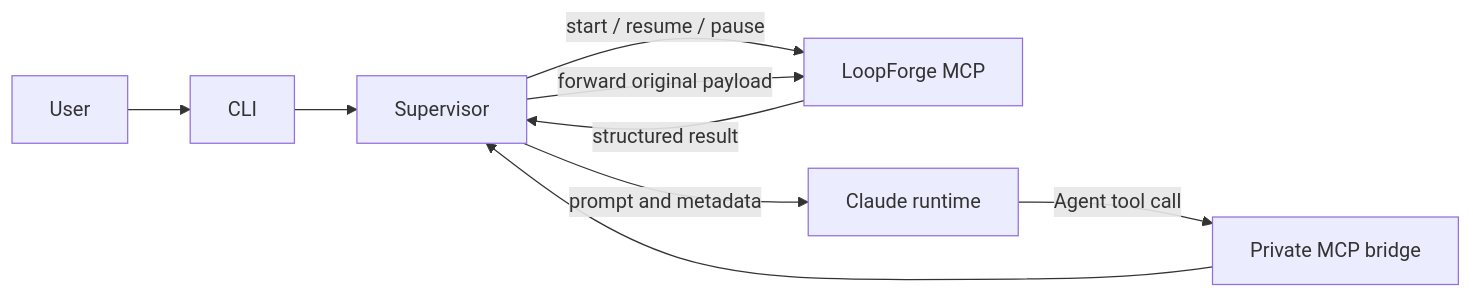
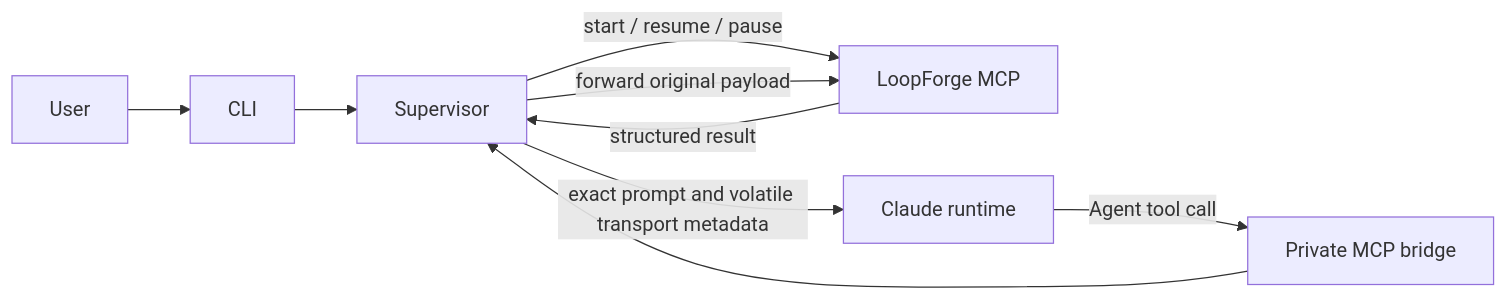
Before and after one commit to kyrielrving11/LoopForgeAdapter: the diagram in docs/ARCHITECTURE.md, drawn with Mermaid. The commit also changed other lines of this file and 48 other files, not shown here.

````diff
--- a/docs/ARCHITECTURE.md
+++ b/docs/ARCHITECTURE.md
@@ -22,11 +22,11 @@
 ```mermaid
 flowchart LR
   User --> CLI
   CLI --> Supervisor
   Supervisor -->|start / resume / pause| LF[LoopForge MCP]
-  Supervisor -->|prompt and metadata| Host[Claude runtime]
+  Supervisor -->|exact prompt and volatile transport metadata| Host[Claude runtime]
   Host -->|Agent tool call| Bridge[Private MCP bridge]
   Bridge --> Supervisor
   Supervisor -->|forward original payload| LF
   LF -->|structured result| Supervisor
 ```
````
